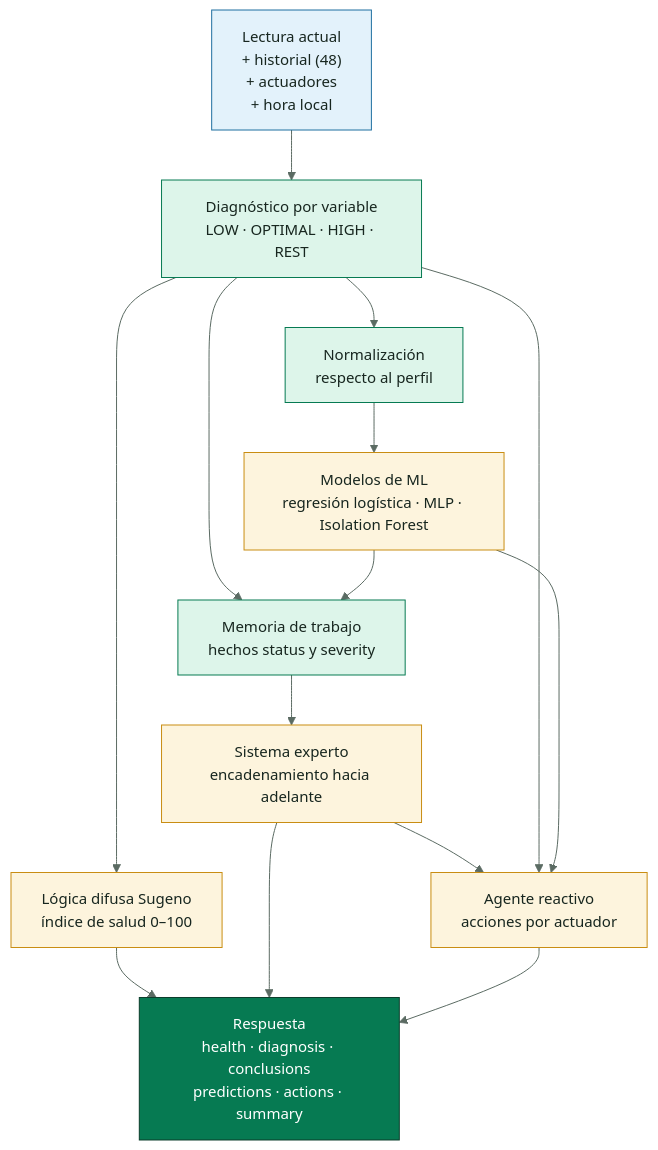
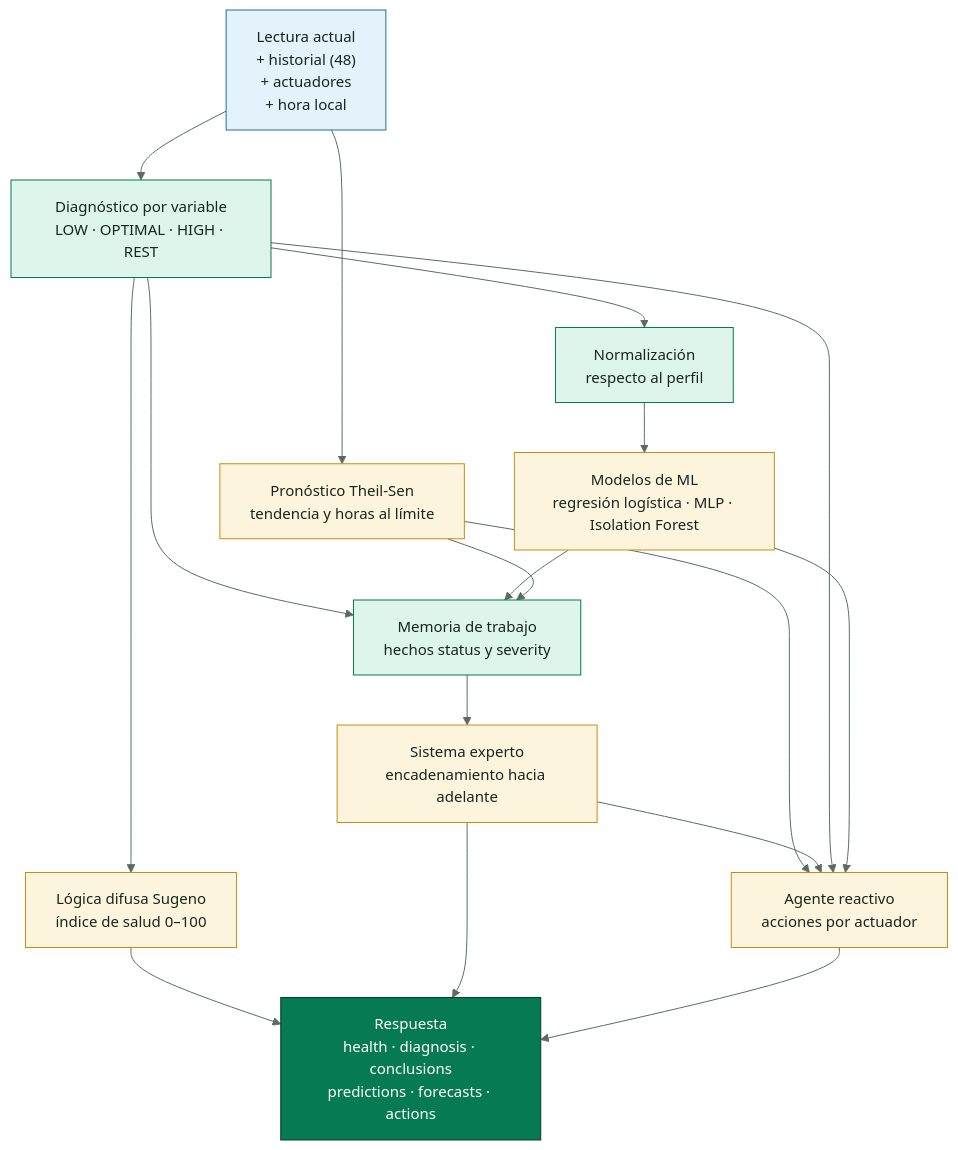
The diagram in docs/diagramas/SmartPot_03_Asistente_IA.mmd (SmartPotTech/.github), drawn with Mermaid before and after one commit. The commit also changed 1 other file, not shown here.

Commit message:
Add forecasts to the AI assistant diagram

```diff
--- a/docs/diagramas/SmartPot_03_Asistente_IA.mmd
+++ b/docs/diagramas/SmartPot_03_Asistente_IA.mmd
@@ -1,23 +1,26 @@
 %%{init: {"theme": "base", "fontFamily": "Segoe UI, Arial, sans-serif", "themeVariables": {"fontFamily": "Segoe UI, Arial, sans-serif", "fontSize": "15px", "primaryColor": "#DDF5EA", "primaryTextColor": "#17261F", "primaryBorderColor": "#067A52", "secondaryColor": "#E3F2FB", "secondaryTextColor": "#17261F", "secondaryBorderColor": "#1F6FA0", "tertiaryColor": "#F2F7F4", "tertiaryTextColor": "#17261F", "tertiaryBorderColor": "#D5E3DC", "lineColor": "#5B6B63", "textColor": "#17261F", "mainBkg": "#DDF5EA", "nodeBorder": "#067A52", "clusterBkg": "#F7FAF8", "clusterBorder": "#D5E3DC", "edgeLabelBackground": "#FFFFFF", "actorBkg": "#067A52", "actorBorder": "#0B3D2B", "actorTextColor": "#FFFFFF", "actorLineColor": "#5B6B63", "signalColor": "#17261F", "signalTextColor": "#17261F", "labelBoxBkgColor": "#0B3D2B", "labelBoxBorderColor": "#0B3D2B", "labelTextColor": "#FFFFFF", "loopTextColor": "#0B3D2B", "noteBkgColor": "#FDF4DD", "noteBorderColor": "#C98D12", "noteTextColor": "#17261F", "activationBkgColor": "#DDF5EA", "activationBorderColor": "#067A52", "attributeBackgroundColorOdd": "#FFFFFF", "attributeBackgroundColorEven": "#F2F7F4"}}}%%
 flowchart TB
   req["Lectura actual<br/>+ historial (48)<br/>+ actuadores<br/>+ hora local"] --> diag["Diagnóstico por variable<br/>LOW · OPTIMAL · HIGH · REST"]
+  req --> fc["Pronóstico Theil-Sen<br/>tendencia y horas al límite"]
   diag --> norm["Normalización<br/>respecto al perfil"]
   norm --> ml["Modelos de ML<br/>regresión logística · MLP · Isolation Forest"]
   diag --> mem["Memoria de trabajo<br/>hechos status y severity"]
   ml --> mem
+  fc --> mem
+  fc --> ag
   mem --> es["Sistema experto<br/>encadenamiento hacia adelante"]
   diag --> fz["Lógica difusa Sugeno<br/>índice de salud 0–100"]
   es --> ag["Agente reactivo<br/>acciones por actuador"]
   diag --> ag
   ml --> ag
-  fz --> out["Respuesta<br/>health · diagnosis · conclusions<br/>predictions · actions · summary"]
+  fz --> out["Respuesta<br/>health · diagnosis · conclusions<br/>predictions · forecasts · actions"]
   es --> out
   ag --> out
   classDef input fill:#E3F2FB,stroke:#1F6FA0,color:#17261F
   classDef step fill:#DDF5EA,stroke:#067A52,color:#17261F
   classDef brain fill:#FDF4DD,stroke:#C98D12,color:#17261F
   classDef result fill:#067A52,stroke:#0B3D2B,color:#FFFFFF
   class req input
   class diag,norm,mem step
-  class ml,es,fz,ag brain
+  class ml,es,fz,ag,fc brain
   class out result
```
